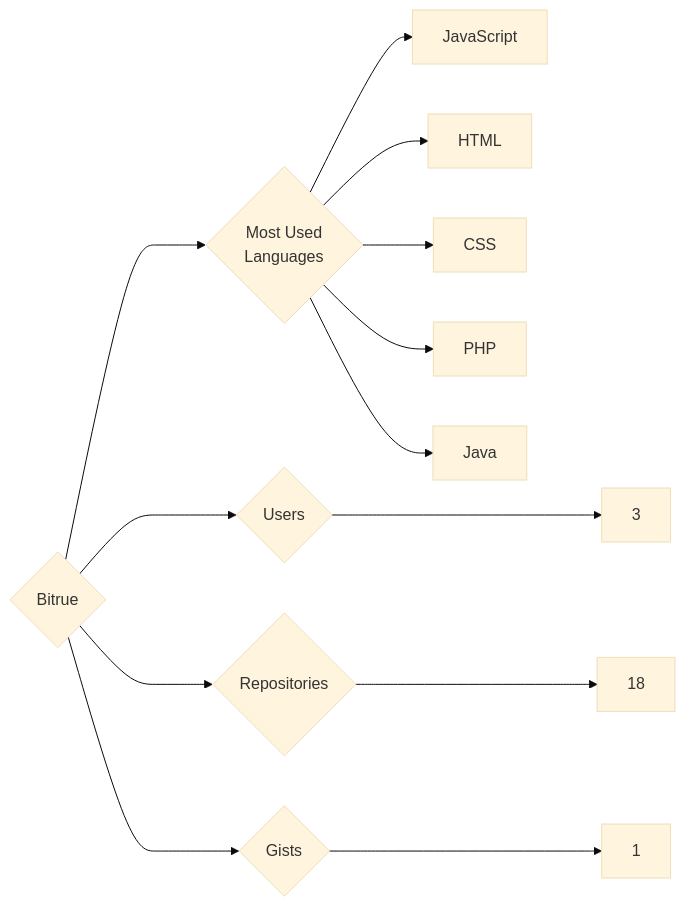
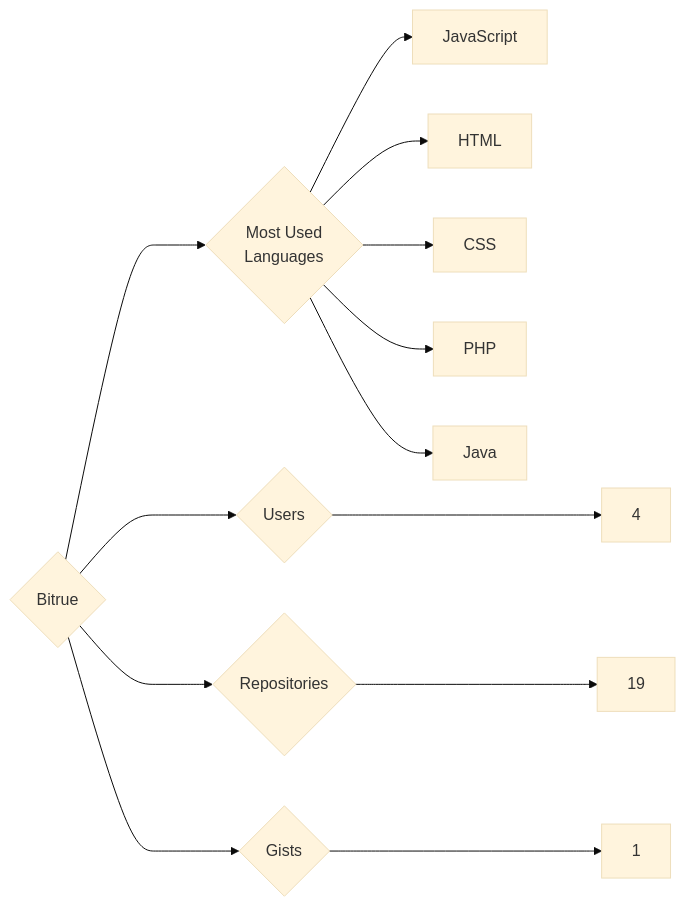
One commit to trickest/insiders changed the diagram in targets/Bitrue/README.md. Above: the diagram before and after it, drawn with Mermaid (base theme). The commit also changed 633 other files, not shown here.

````diff
--- a/targets/Bitrue/README.md
+++ b/targets/Bitrue/README.md
@@ -3,13 +3,13 @@
 ```mermaid
 graph LR
 COMPANY_NAME{Bitrue}
-COMPANY_NAME ---> U{Users} ---> UN[3]
-COMPANY_NAME ---> R{Repositories} ---> RN[18]
+COMPANY_NAME ---> U{Users} ---> UN[4]
+COMPANY_NAME ---> R{Repositories} ---> RN[19]
 COMPANY_NAME ---> G{Gists} ---> GN[1]
 COMPANY_NAME ---> ML{Most Used<br>Languages}
 ML --> JavaScript[JavaScript]
 ML --> HTML[HTML]
 ML --> CSS[CSS]
 ML --> PHP[PHP]
 ML --> Java[Java]
 ```
````
